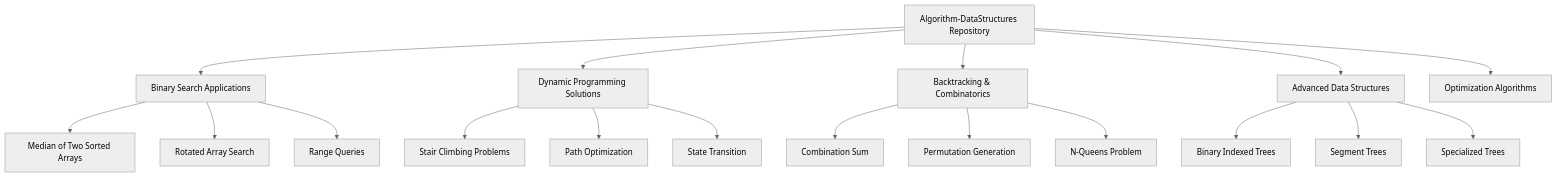
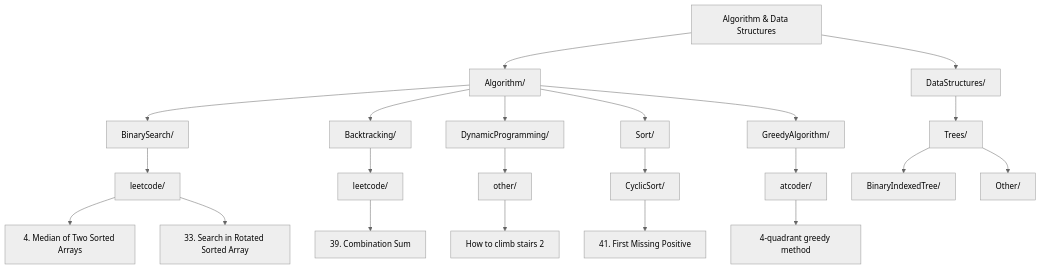
The first of 11 diagrams in README.md (myoshi2891/Algorithm-DataStructures-Math-SQL), drawn with Mermaid (neutral theme) before and after one commit. The commit also changed other lines of this file, not shown here.

````diff
--- a/README.md
+++ b/README.md
@@ -9,24 +16,31 @@
 ```mermaid
 graph TD
-    A[Algorithm-DataStructures Repository] --> B[Binary Search Applications]
-    A --> C[Dynamic Programming Solutions]
-    A --> D[Backtracking & Combinatorics]
-    A --> E[Advanced Data Structures]
-    A --> F[Optimization Algorithms]
+    A[Algorithm & Data Structures] --> B[Algorithm/]
+    A --> C[DataStructures/]
     
-    B --> B1[Median of Two Sorted Arrays]
-    B --> B2[Rotated Array Search]
-    B --> B3[Range Queries]
+    B --> D[BinarySearch/]
+    B --> E[Backtracking/]
+    B --> F[DynamicProgramming/]
+    B --> G[Sort/]
+    B --> H[GreedyAlgorithm/]
     
-    C --> C1[Stair Climbing Problems]
-    C --> C2[Path Optimization]
-    C --> C3[State Transition]
+    D --> D1[leetcode/]
+    D1 --> D11["4. Median of Two Sorted Arrays"]
+    D1 --> D12["33. Search in Rotated Sorted Array"]
     
-    D --> D1[Combination Sum]
-    D --> D2[Permutation Generation]
-    D --> D3[N-Queens Problem]
+    E --> E1[leetcode/]
+    E1 --> E11["39. Combination Sum"]
     
-    E --> E1[Binary Indexed Trees]
-    E --> E2[Segment Trees]
-    E --> E3[Specialized Trees]
+    F --> F1[other/]
+    F1 --> F11["How to climb stairs 2"]
+    
+    G --> G1[CyclicSort/]
+    G1 --> G11["41. First Missing Positive"]
+    
+    H --> H1[atcoder/]
+    H1 --> H11["4-quadrant greedy method"]
+    
+    C --> I[Trees/]
+    I --> I1[BinaryIndexedTree/]
+    I --> I2[Other/]
 ```
````
